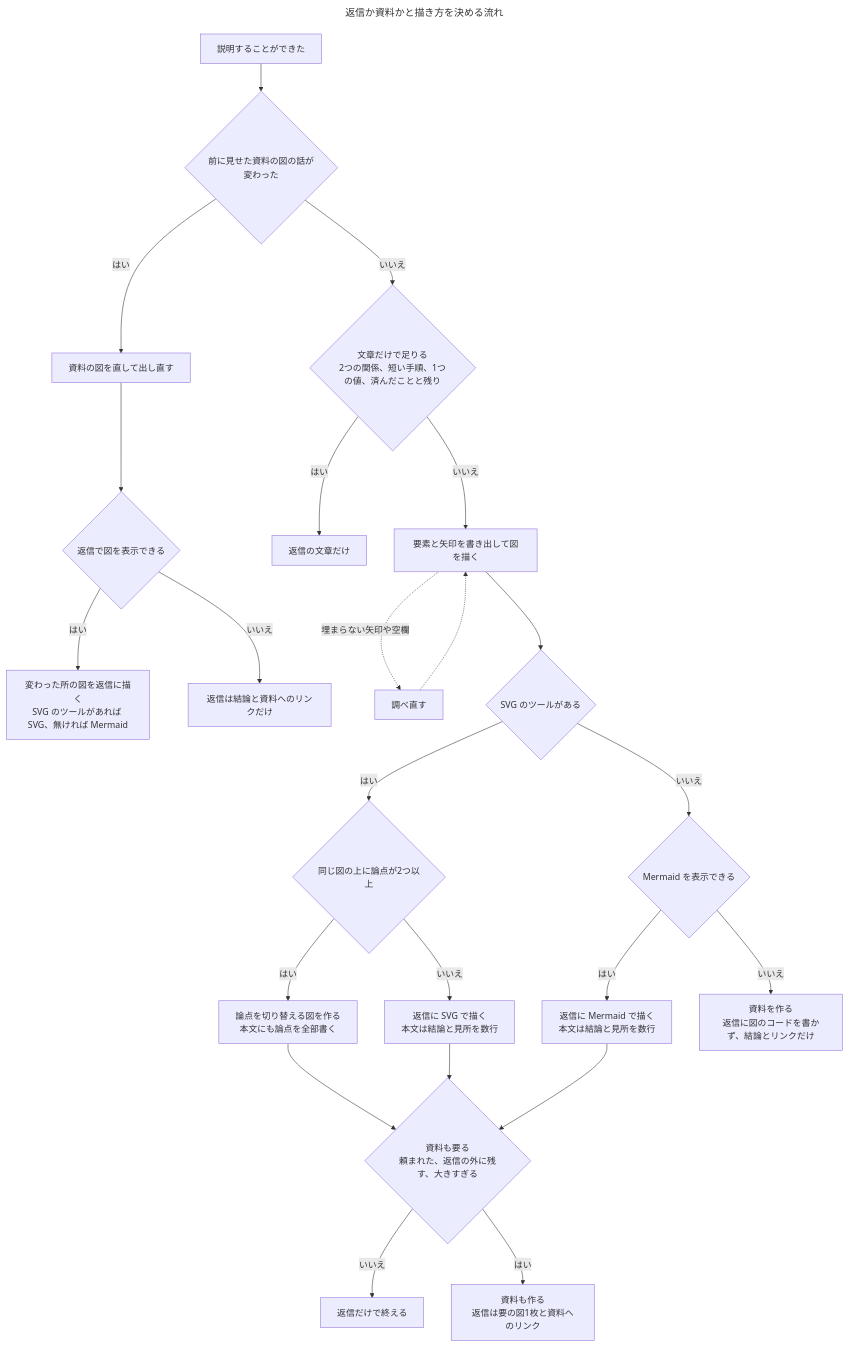
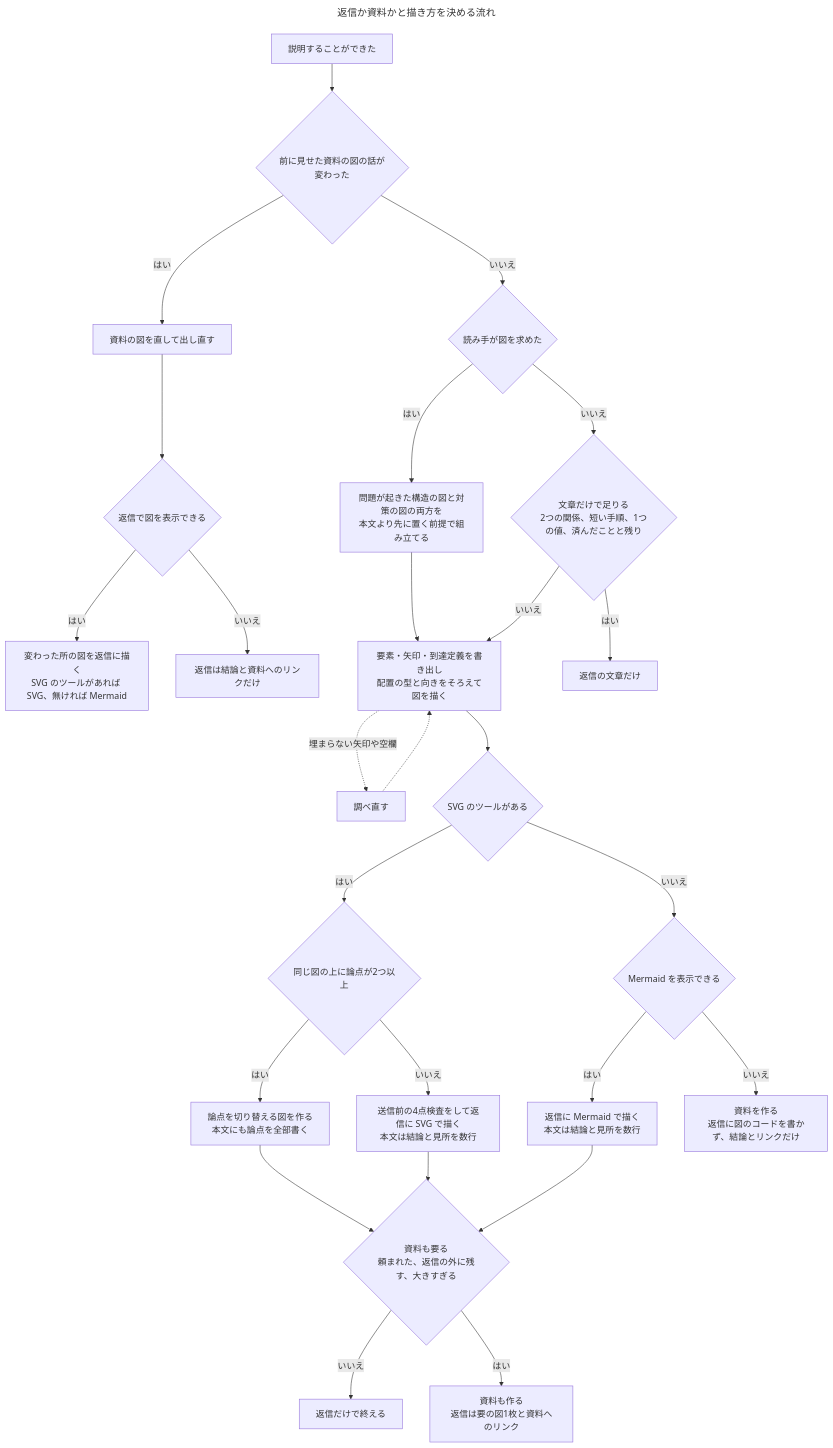
The diagram in plugins/figure-docs/skills/figure-docs/SKILL.md (u-ichi/agent-plugins), drawn with Mermaid before and after one commit. The commit also changed other lines of this file and 1 other file, not shown here.

Commit message:
referent-first と figure-docs の手順を組み替え、返信前の下書き・境界状態語・図の構成と送信前検査を明確にする

````diff
--- a/plugins/figure-docs/skills/figure-docs/SKILL.md
+++ b/plugins/figure-docs/skills/figure-docs/SKILL.md
@@ -51,27 +62,29 @@
 ```mermaid
 ---
 title: 返信か資料かと描き方を決める流れ
 ---
 flowchart TB
   A[説明することができた] --> H{前に見せた資料の図の話が変わった}
   H -- はい --> I[資料の図を直して出し直す]
   I --> J{返信で図を表示できる}
   J -- はい --> K["変わった所の図を返信に描く<br>SVG のツールがあれば SVG、無ければ Mermaid"]
   J -- いいえ --> L[返信は結論と資料へのリンクだけ]
-  H -- いいえ --> B{"文章だけで足りる<br>2つの関係、短い手順、1つの値、済んだことと残り"}
+  H -- いいえ --> Q{読み手が図を求めた}
+  Q -- はい --> C1["問題が起きた構造の図と対策の図の両方を<br>本文より先に置く前提で組み立てる"] --> C
+  Q -- いいえ --> B{"文章だけで足りる<br>2つの関係、短い手順、1つの値、済んだことと残り"}
   B -- はい --> T[返信の文章だけ]
-  B -- いいえ --> C[要素と矢印を書き出して図を描く]
+  B -- いいえ --> C["要素・矢印・到達定義を書き出し<br>配置の型と向きをそろえて図を描く"]
   C -. 埋まらない矢印や空欄 .-> R[調べ直す] -.-> C
   C --> D1{SVG のツールがある}
   D1 -- はい --> P{同じ図の上に論点が2つ以上}
   P -- はい --> P2["論点を切り替える図を作る<br>本文にも論点を全部書く"]
-  P -- いいえ --> D2["返信に SVG で描く<br>本文は結論と見所を数行"]
+  P -- いいえ --> D2["送信前の4点検査をして返信に SVG で描く<br>本文は結論と見所を数行"]
   D1 -- いいえ --> D3{Mermaid を表示できる}
   D3 -- はい --> D4["返信に Mermaid で描く<br>本文は結論と見所を数行"]
   D3 -- いいえ --> G2["資料を作る<br>返信に図のコードを書かず、結論とリンクだけ"]
   P2 --> E
   D2 --> E{"資料も要る<br>頼まれた、返信の外に残す、大きすぎる"}
   D4 --> E
   E -- いいえ --> F[返信だけで終える]
   E -- はい --> G1["資料も作る<br>返信は要の図1枚と資料へのリンク"]
 ```
````
